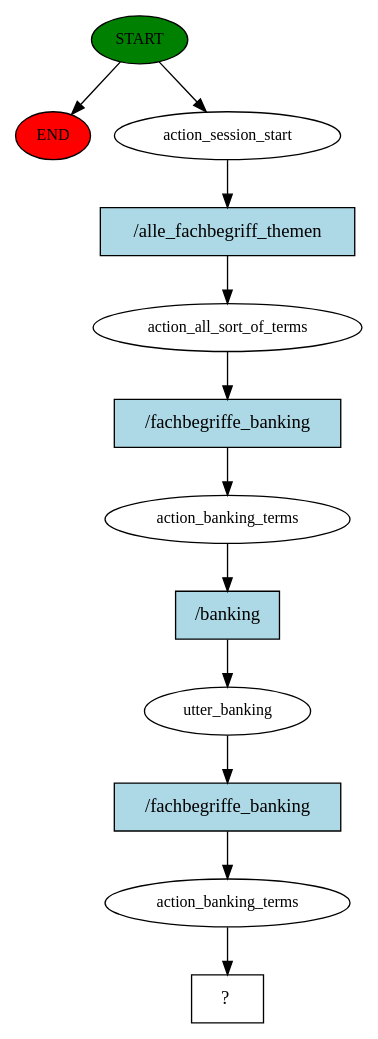
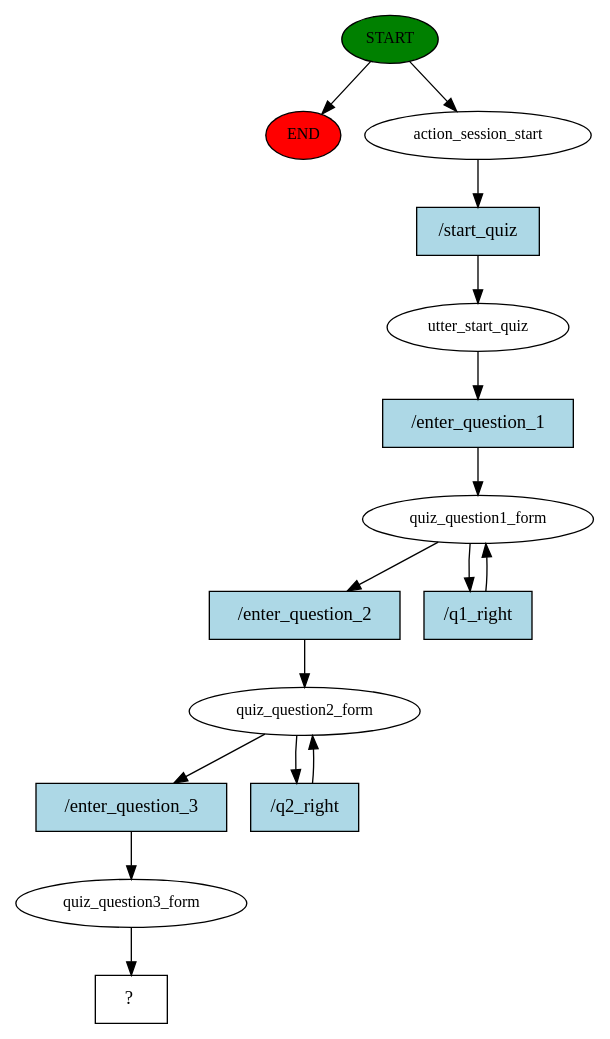
The diagram in story_graph.dot (se-labor/alfa-bot-chatbots), drawn with Graphviz before and after one commit. The commit also changed 9 other files, not shown here.

```diff
--- a/story_graph.dot
+++ b/story_graph.dot
@@ -1,25 +1,31 @@
 digraph  {
 0 [class="start active", fillcolor=green, fontsize=12, label=START, style=filled];
 "-1" [class=end, fillcolor=red, fontsize=12, label=END, style=filled];
 1 [class=active, fontsize=12, label=action_session_start];
-2 [class=active, fontsize=12, label=action_all_sort_of_terms];
-3 [class=active, fontsize=12, label=action_banking_terms];
-4 [class=active, fontsize=12, label=utter_banking];
-5 [class=active, fontsize=12, label=action_banking_terms];
-6 [class="intent dashed active", label="  ?  ", shape=rect];
-7 [class="intent active", fillcolor=lightblue, label="/alle_fachbegriff_themen", shape=rect, style=filled];
-8 [class="intent active", fillcolor=lightblue, label="/fachbegriffe_banking", shape=rect, style=filled];
-9 [class="intent active", fillcolor=lightblue, label="/banking", shape=rect, style=filled];
-10 [class="intent active", fillcolor=lightblue, label="/fachbegriffe_banking", shape=rect, style=filled];
+2 [class=active, fontsize=12, label=utter_start_quiz];
+3 [class=active, fontsize=12, label=quiz_question1_form];
+5 [class=active, fontsize=12, label=quiz_question2_form];
+7 [class=active, fontsize=12, label=quiz_question3_form];
+8 [class="intent dashed active", label="  ?  ", shape=rect];
+9 [class="intent active", fillcolor=lightblue, label="/start_quiz", shape=rect, style=filled];
+10 [class="intent active", fillcolor=lightblue, label="/enter_question_1", shape=rect, style=filled];
+11 [class="intent active", fillcolor=lightblue, label="/enter_question_2", shape=rect, style=filled];
+12 [class="intent active", fillcolor=lightblue, label="/q1_right", shape=rect, style=filled];
+13 [class="intent active", fillcolor=lightblue, label="/enter_question_3", shape=rect, style=filled];
+14 [class="intent active", fillcolor=lightblue, label="/q2_right", shape=rect, style=filled];
 0 -> "-1"  [class="", key=NONE, label=""];
 0 -> 1  [class=active, key=NONE, label=""];
-1 -> 7  [class=active, key=0];
-2 -> 8  [class=active, key=0];
-3 -> 9  [class=active, key=0];
-4 -> 10  [class=active, key=0];
-5 -> 6  [class=active, key=NONE, label=""];
-7 -> 2  [class=active, key=0];
-8 -> 3  [class=active, key=0];
-9 -> 4  [class=active, key=0];
-10 -> 5  [class=active, key=0];
+1 -> 9  [class=active, key=0];
+2 -> 10  [class=active, key=0];
+3 -> 11  [class=active, key=0];
+3 -> 12  [class=active, key=0];
+5 -> 13  [class=active, key=0];
+5 -> 14  [class=active, key=0];
+7 -> 8  [class=active, key=NONE, label=""];
+9 -> 2  [class=active, key=0];
+10 -> 3  [class=active, key=0];
+11 -> 5  [class=active, key=0];
+12 -> 3  [class=active, key=0];
+13 -> 7  [class=active, key=0];
+14 -> 5  [class=active, key=0];
 }
```
